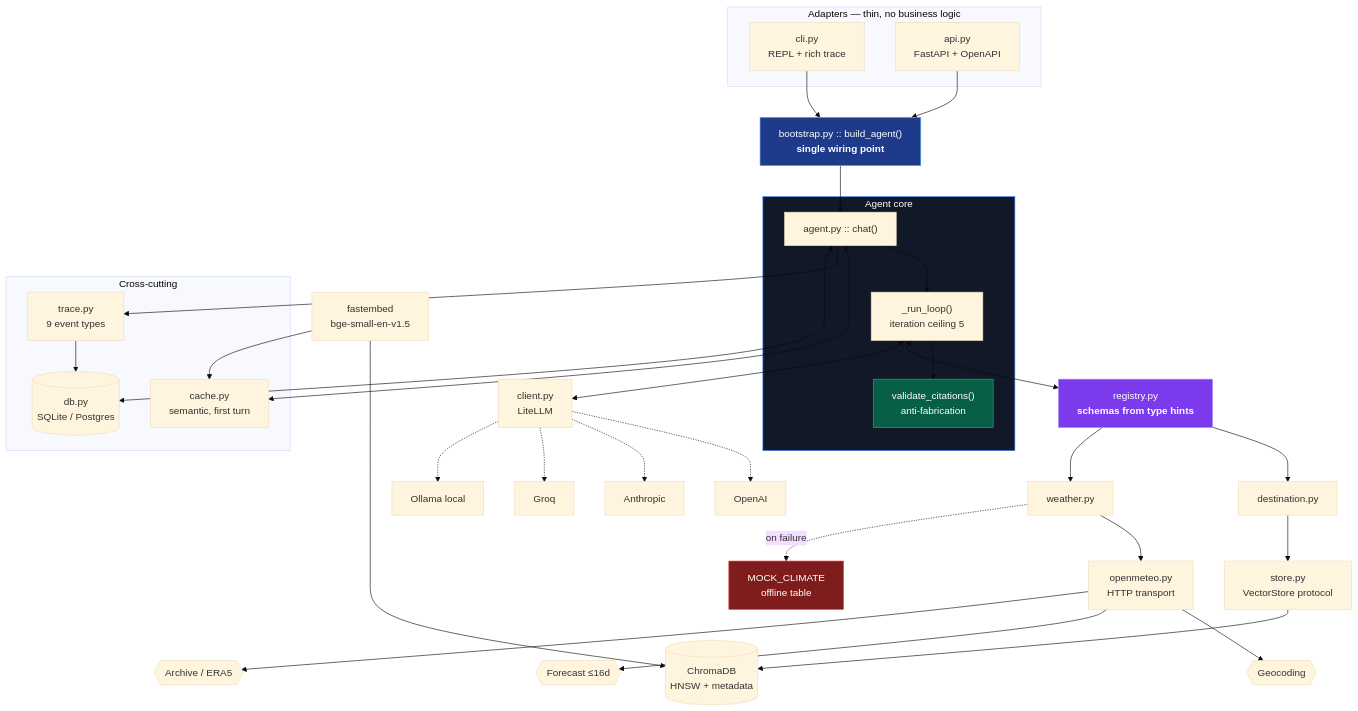
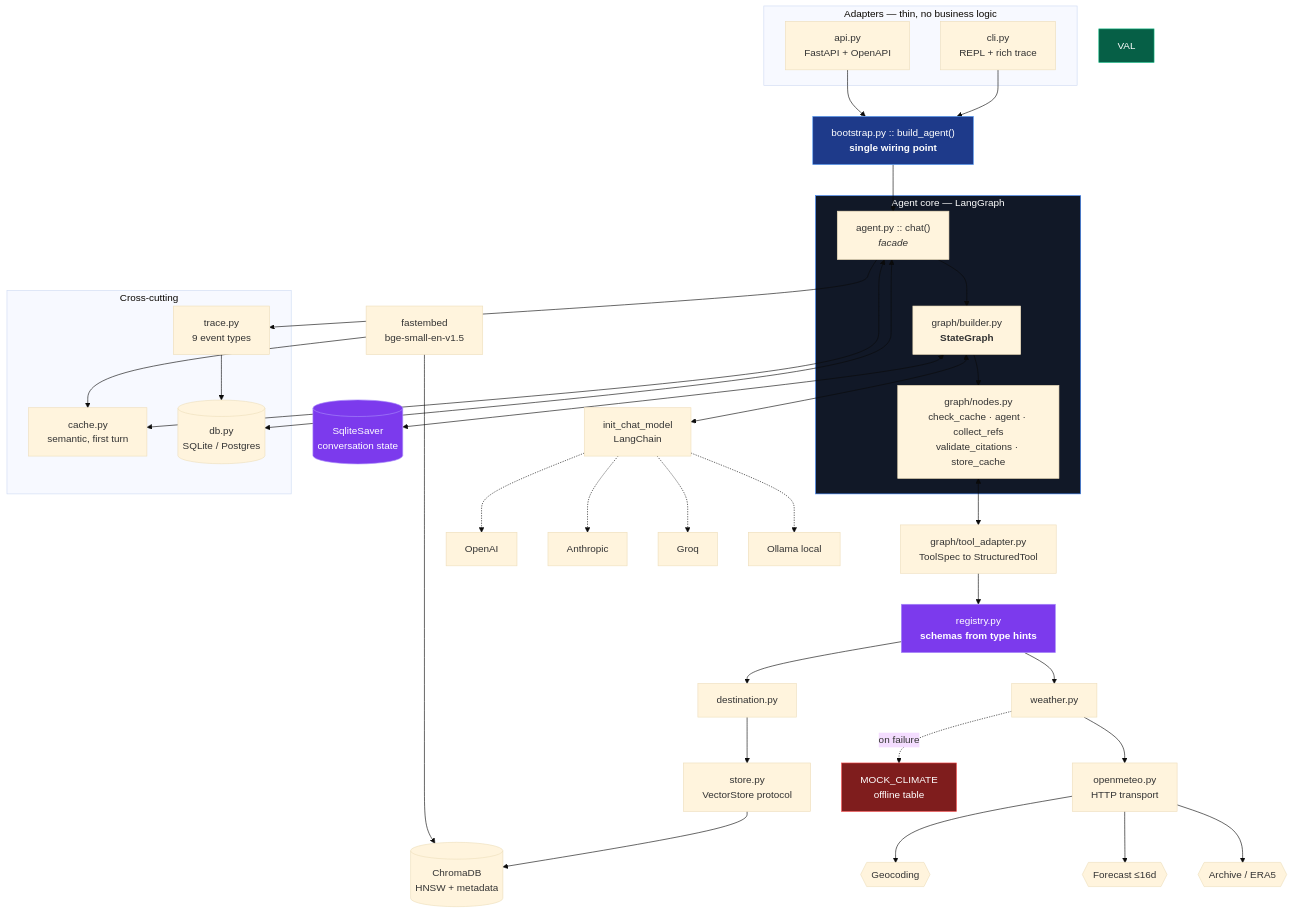
One commit to AnkitUzumaki/tripmate changed the third of 9 diagrams in README.md. Above: the diagram before and after it, drawn with Mermaid (base theme). The commit also changed other lines of this file and 2 other files, not shown here.

First line of the commit message:
docs: readme reflects the LangGraph architecture

````diff
--- a/README.md
+++ b/README.md
@@ -162,57 +162,61 @@
 ```mermaid
 flowchart TB
     subgraph Adapters["Adapters — thin, no business logic"]
         CLI["cli.py<br/>REPL + rich trace"]
         API["api.py<br/>FastAPI + OpenAPI"]
     end
 
     BOOT["bootstrap.py :: build_agent()<br/><b>single wiring point</b>"]
     CLI --> BOOT
     API --> BOOT
 
-    subgraph Core["Agent core"]
-        AG["agent.py :: chat()"]
-        LOOP["_run_loop()<br/>iteration ceiling 5"]
-        VAL["validate_citations()<br/>anti-fabrication"]
-        AG --> LOOP --> VAL
+    subgraph Core["Agent core — LangGraph"]
+        AG["agent.py :: chat()<br/><i>facade</i>"]
+        GR["graph/builder.py<br/><b>StateGraph</b>"]
+        ND["graph/nodes.py<br/>check_cache · agent · collect_refs<br/>validate_citations · store_cache"]
+        AG --> GR --> ND
     end
+    CP[("SqliteSaver<br/>conversation state")]
+    GR <--> CP
     BOOT --> AG
 
     subgraph Support["Cross-cutting"]
         TR["trace.py<br/>9 event types"]
         CA["cache.py<br/>semantic, first turn"]
         DB[("db.py<br/>SQLite / Postgres")]
     end
     AG <--> CA
     AG --> TR
     AG <--> DB
     TR --> DB
 
     REG["registry.py<br/><b>schemas from type hints</b>"]
-    LOOP <--> REG
+    ADP["graph/tool_adapter.py<br/>ToolSpec to StructuredTool"]
+    ND <--> ADP --> REG
     REG --> TOOL1["destination.py"]
     REG --> TOOL2["weather.py"]
 
     TOOL1 --> STORE["store.py<br/>VectorStore protocol"]
     STORE --> CHROMA[("ChromaDB<br/>HNSW + metadata")]
     EMB["fastembed<br/>bge-small-en-v1.5"] --> CHROMA
     EMB --> CA
 
     TOOL2 --> OM["openmeteo.py<br/>HTTP transport"]
     OM --> API1{{"Geocoding"}}
     OM --> API2{{"Forecast ≤16d"}}
     OM --> API3{{"Archive / ERA5"}}
     TOOL2 -.->|"on failure"| MOCK["MOCK_CLIMATE<br/>offline table"]
 
-    LOOP <--> LLM["client.py<br/>LiteLLM"]
+    GR <--> LLM["init_chat_model<br/>LangChain"]
     LLM -.-> P1["OpenAI"]
     LLM -.-> P2["Anthropic"]
     LLM -.-> P3["Groq"]
     LLM -.-> P4["Ollama local"]
 
     style BOOT fill:#1e3a8a,stroke:#60a5fa,color:#fff
     style Core fill:#111827,stroke:#3b82f6,color:#fff
+    style CP fill:#7c3aed,stroke:#a78bfa,color:#fff
     style REG fill:#7c3aed,stroke:#a78bfa,color:#fff
     style VAL fill:#065f46,stroke:#10b981,color:#fff
     style MOCK fill:#7f1d1d,stroke:#ef4444,color:#fff
 ```
````
